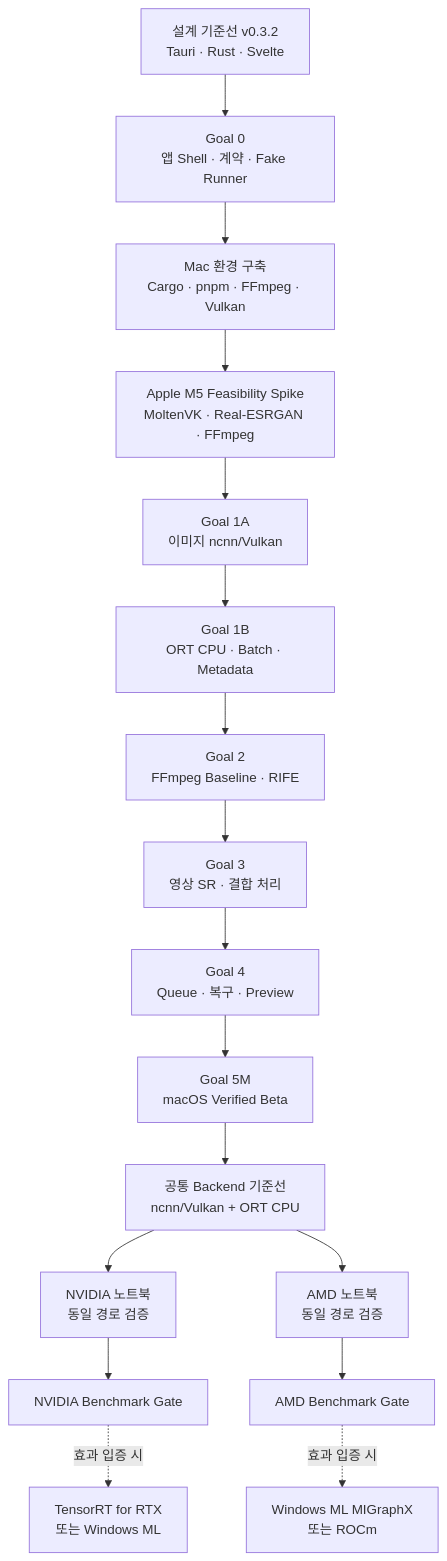
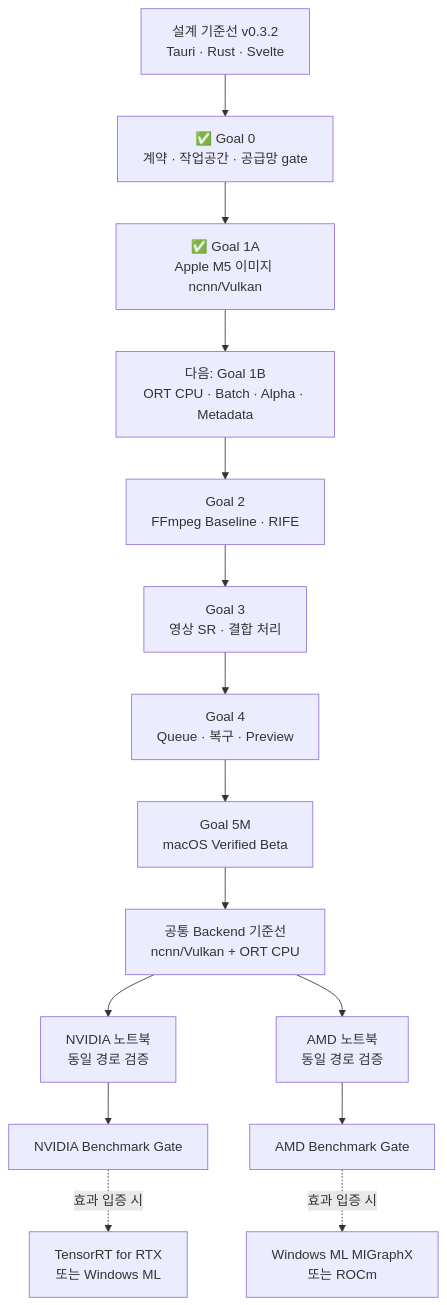
One commit to zooslab/zoos-upscale changed the ninth of 9 diagrams in ARCHITECTURE.md. Above: the diagram before and after it, drawn with Mermaid. The commit also changed other lines of this file and 1 other file, not shown here.

Commit message:
docs: Goal 1A 구현 현황 반영

````diff
--- a/ARCHITECTURE.md
+++ b/ARCHITECTURE.md
@@ -396,22 +454,19 @@
 ```mermaid
 flowchart TB
-    D["설계 기준선 v0.3.2<br/>Tauri · Rust · Svelte"] --> G0["Goal 0<br/>앱 Shell · 계약 · Fake Runner"]
-    G0 --> S1["Mac 환경 구축<br/>Cargo · pnpm · FFmpeg · Vulkan"]
-    S1 --> S2["Apple M5 Feasibility Spike<br/>MoltenVK · Real-ESRGAN · FFmpeg"]
-
-    S2 --> G1A["Goal 1A<br/>이미지 ncnn/Vulkan"]
-    G1A --> G1B["Goal 1B<br/>ORT CPU · Batch · Metadata"]
+    D["설계 기준선 v0.3.2<br/>Tauri · Rust · Svelte"] --> G0["✅ Goal 0<br/>계약 · 작업공간 · 공급망 gate"]
+    G0 --> G1A["✅ Goal 1A<br/>Apple M5 이미지 ncnn/Vulkan"]
+    G1A --> G1B["다음: Goal 1B<br/>ORT CPU · Batch · Alpha · Metadata"]
     G1B --> G2["Goal 2<br/>FFmpeg Baseline · RIFE"]
     G2 --> G3["Goal 3<br/>영상 SR · 결합 처리"]
     G3 --> G4["Goal 4<br/>Queue · 복구 · Preview"]
     G4 --> G5M["Goal 5M<br/>macOS Verified Beta"]
 
     G5M --> BASE["공통 Backend 기준선<br/>ncnn/Vulkan + ORT CPU"]
     BASE --> NV["NVIDIA 노트북<br/>동일 경로 검증"]
     BASE --> AMD["AMD 노트북<br/>동일 경로 검증"]
 
     NV --> G6N["NVIDIA Benchmark Gate"]
     AMD --> G6A["AMD Benchmark Gate"]
     G6N -. 효과 입증 시 .-> G7N["TensorRT for RTX<br/>또는 Windows ML"]
     G6A -. 효과 입증 시 .-> G7A["Windows ML MIGraphX<br/>또는 ROCm"]
 ```
````
